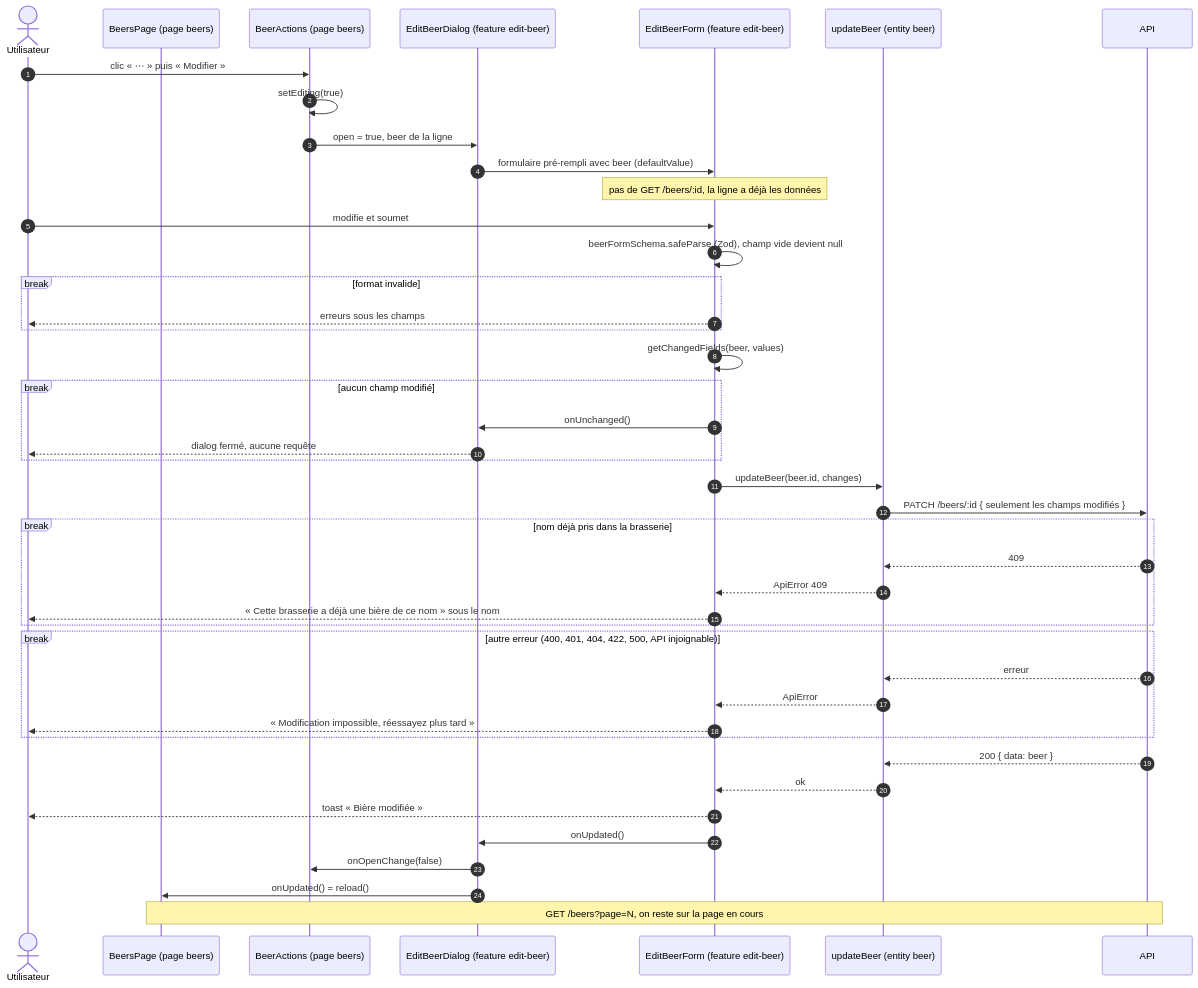
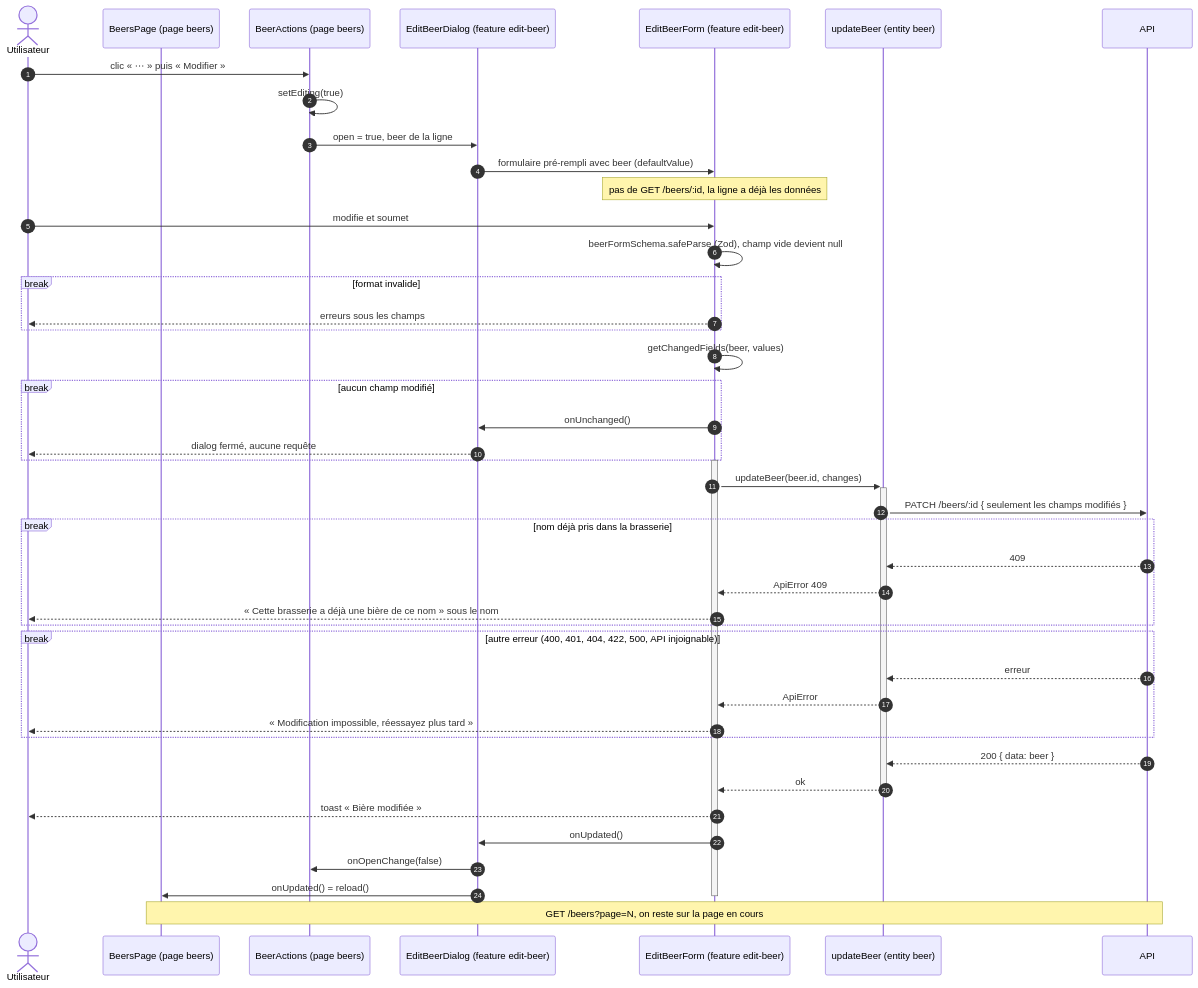
The diagram in apps/client/docs/diagrams/edit-beer-sequence.md (SIMPLON-DIST-CDA-260316/zythologue_julien_lemarchand), drawn with Mermaid before and after one commit. The commit also changed other lines of this file and 3 other files, not shown here.

Commit message:
docs(client): barres d'activation et état livré dans les diagrammes bières

````diff
--- a/apps/client/docs/diagrams/edit-beer-sequence.md
+++ b/apps/client/docs/diagrams/edit-beer-sequence.md
@@ -12,54 +12,56 @@
 ```mermaid
 sequenceDiagram
     autonumber
     actor U as Utilisateur
     participant P as BeersPage (page beers)
     participant R as BeerActions (page beers)
     participant D as EditBeerDialog (feature edit-beer)
     participant F as EditBeerForm (feature edit-beer)
     participant A as updateBeer (entity beer)
     participant API as API
 
     U->>R: clic « ⋯ » puis « Modifier »
     R->>R: setEditing(true)
     R->>D: open = true, beer de la ligne
     D->>F: formulaire pré-rempli avec beer (defaultValue)
     Note over F: pas de GET /beers/:id, la ligne a déjà les données
 
     U->>F: modifie et soumet
     F->>F: beerFormSchema.safeParse (Zod), champ vide devient null
 
     break format invalide
         F-->>U: erreurs sous les champs
     end
 
     F->>F: getChangedFields(beer, values)
 
     break aucun champ modifié
         F->>D: onUnchanged()
         D-->>U: dialog fermé, aucune requête
     end
 
-    F->>A: updateBeer(beer.id, changes)
+    activate F
+    F->>+A: updateBeer(beer.id, changes)
     A->>API: PATCH /beers/:id { seulement les champs modifiés }
 
     break nom déjà pris dans la brasserie
         API-->>A: 409
         A-->>F: ApiError 409
         F-->>U: « Cette brasserie a déjà une bière de ce nom » sous le nom
     end
 
     break autre erreur (400, 401, 404, 422, 500, API injoignable)
         API-->>A: erreur
         A-->>F: ApiError
         F-->>U: « Modification impossible, réessayez plus tard »
     end
 
     API-->>A: 200 { data: beer }
-    A-->>F: ok
+    A-->>-F: ok
     F-->>U: toast « Bière modifiée »
     F->>D: onUpdated()
     D->>R: onOpenChange(false)
     D->>P: onUpdated() = reload()
+    deactivate F
     Note over P,API: GET /beers?page=N, on reste sur la page en cours
 ```
````
